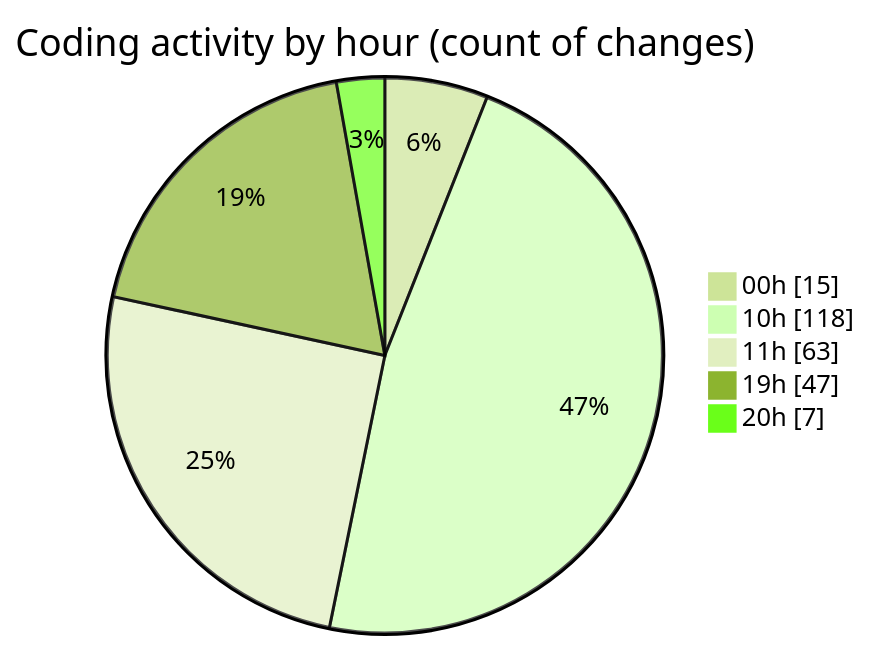
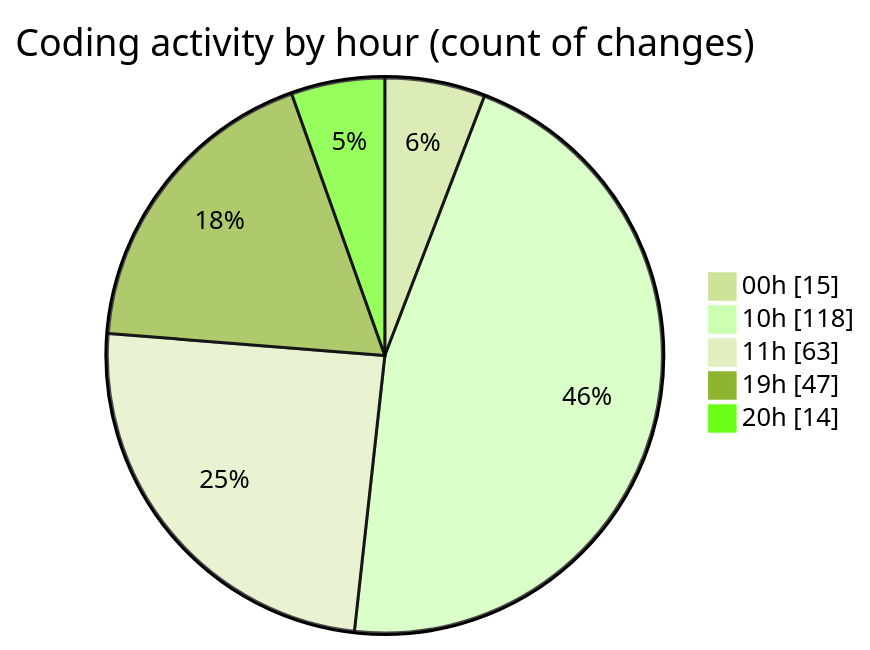
Before and after one commit to Ritupan-Deka/code-tracking: the second of 2 diagrams in 2026-01-11/dsa/README.md, drawn with Mermaid (forest theme). The commit also changed other lines of this file and 1 other file, not shown here.

````diff
--- a/2026-01-11/dsa/README.md
+++ b/2026-01-11/dsa/README.md
@@ -29,9 +29,9 @@
 ```mermaid
 pie showData
 title Coding activity by hour (count of changes)
 "00h" : 15
 "10h" : 118
 "11h" : 63
 "19h" : 47
-"20h" : 7
+"20h" : 14
 ```
````
